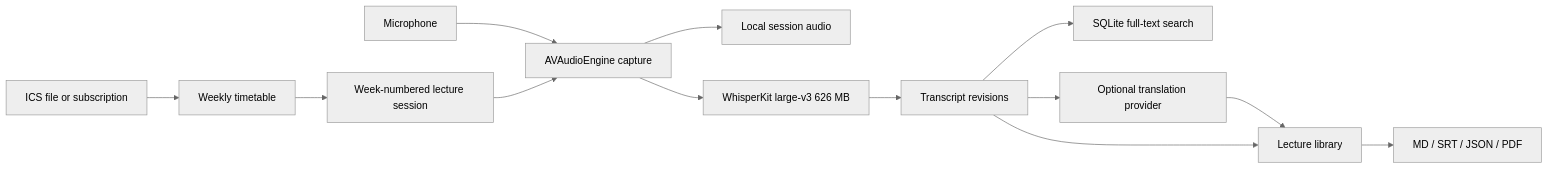
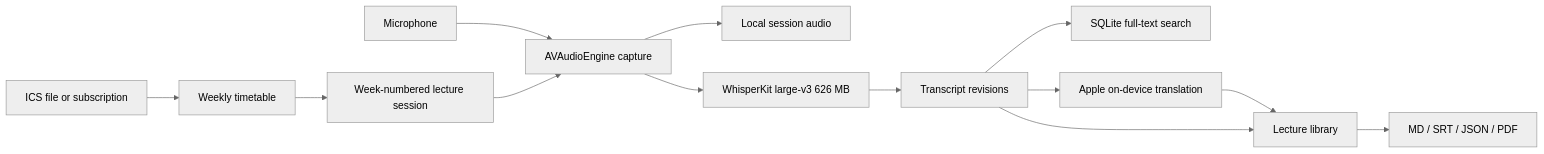
One commit to eason241008/EchoNote changed the diagram in README.md. Above: the diagram before and after it, drawn with Mermaid (neutral theme). The commit also changed other lines of this file and 4 other files, not shown here.

````diff
--- a/README.md
+++ b/README.md
@@ -181,15 +163,15 @@
 ```mermaid
 flowchart LR
     Mic[Microphone] --> Capture[AVAudioEngine capture]
     Capture --> Audio[Local session audio]
     Capture --> Whisper[WhisperKit large-v3 626 MB]
     Whisper --> Revision[Transcript revisions]
     Revision --> Search[SQLite full-text search]
-    Revision --> Translate[Optional translation provider]
+    Revision --> Translate[Apple on-device translation]
     Translate --> Library[Lecture library]
     Revision --> Library
     ICS[ICS file or subscription] --> Schedule[Weekly timetable]
     Schedule --> Session[Week-numbered lecture session]
     Session --> Capture
     Library --> Export[MD / SRT / JSON / PDF]
 ```
````
